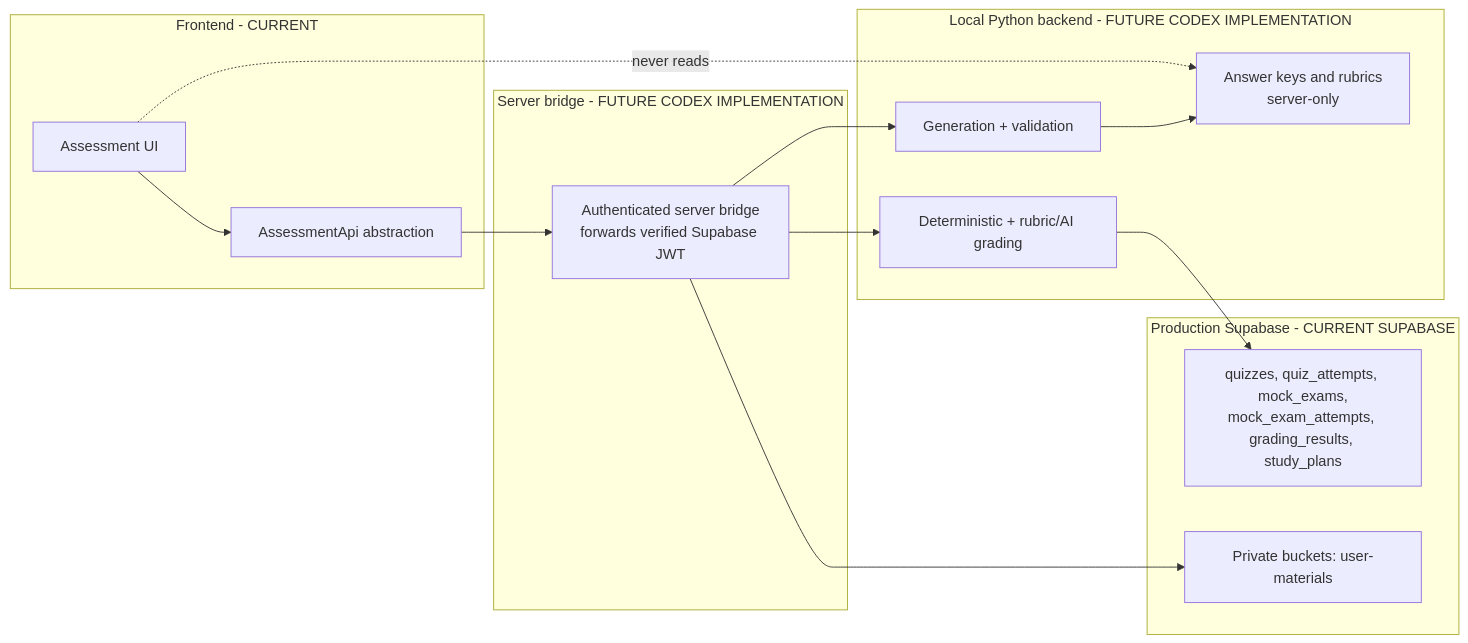
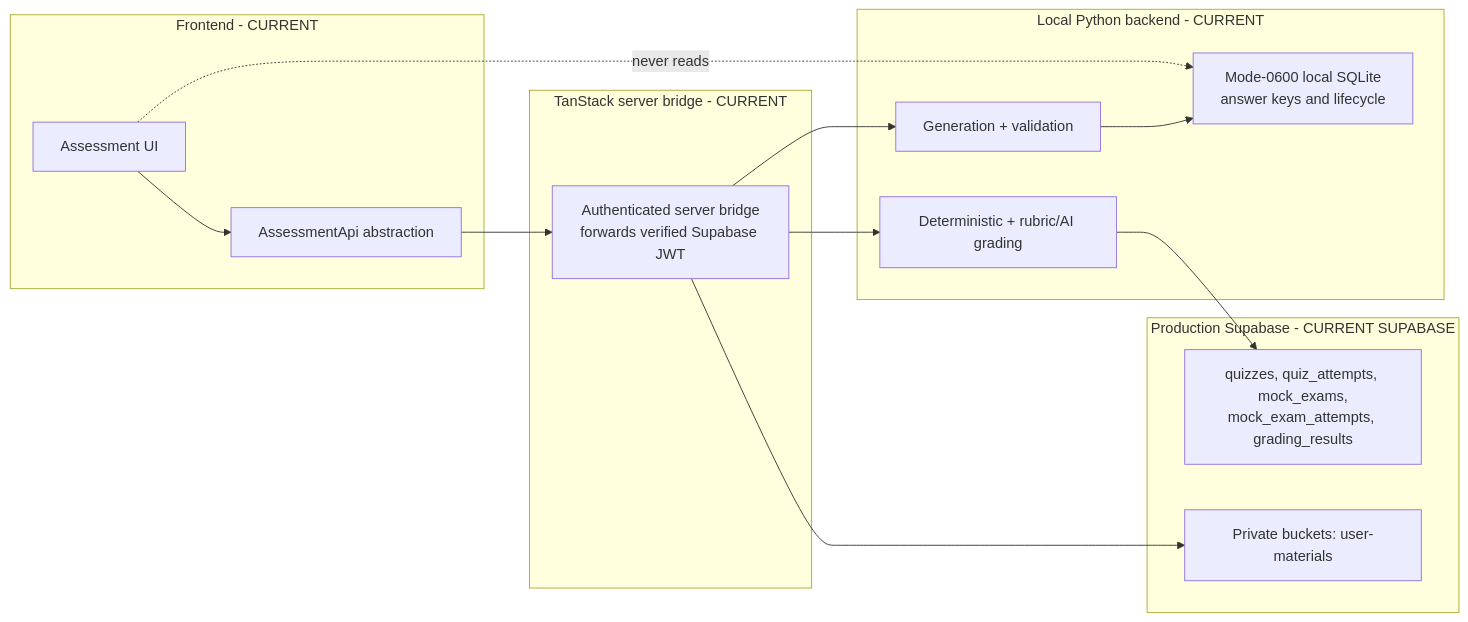
One commit to keyshavmor/study-swiss-star changed the third of 3 diagrams in docs/architecture/ASSESSMENT_SYSTEM.md. Above: the diagram before and after it, drawn with Mermaid. The commit also changed other lines of this file and 37 other files, not shown here.

````diff
--- a/docs/architecture/ASSESSMENT_SYSTEM.md
+++ b/docs/architecture/ASSESSMENT_SYSTEM.md
@@ -82,26 +81,26 @@
 ```mermaid
 flowchart LR
   subgraph FE[Frontend - CURRENT]
     UI[Assessment UI]
     API[AssessmentApi abstraction]
     UI --> API
   end
-  subgraph SRV[Server bridge - FUTURE CODEX IMPLEMENTATION]
+  subgraph SRV[TanStack server bridge - CURRENT]
     BR[Authenticated server bridge<br/>forwards verified Supabase JWT]
   end
-  subgraph PY[Local Python backend - FUTURE CODEX IMPLEMENTATION]
+  subgraph PY[Local Python backend - CURRENT]
     GEN[Generation + validation]
     GRADE[Deterministic + rubric/AI grading]
-    KEYS[Answer keys and rubrics<br/>server-only]
+    KEYS[Mode-0600 local SQLite<br/>answer keys and lifecycle]
   end
   subgraph SB[Production Supabase - CURRENT SUPABASE]
-    T[quizzes, quiz_attempts, mock_exams,<br/>mock_exam_attempts, grading_results, study_plans]
+    T[quizzes, quiz_attempts, mock_exams,<br/>mock_exam_attempts, grading_results]
     ST[Private buckets: user-materials]
   end
   API --> BR --> GEN
   BR --> GRADE
   GRADE --> T
   GEN --> KEYS
   BR --> ST
   UI -. never reads .-> KEYS
 ```
````
